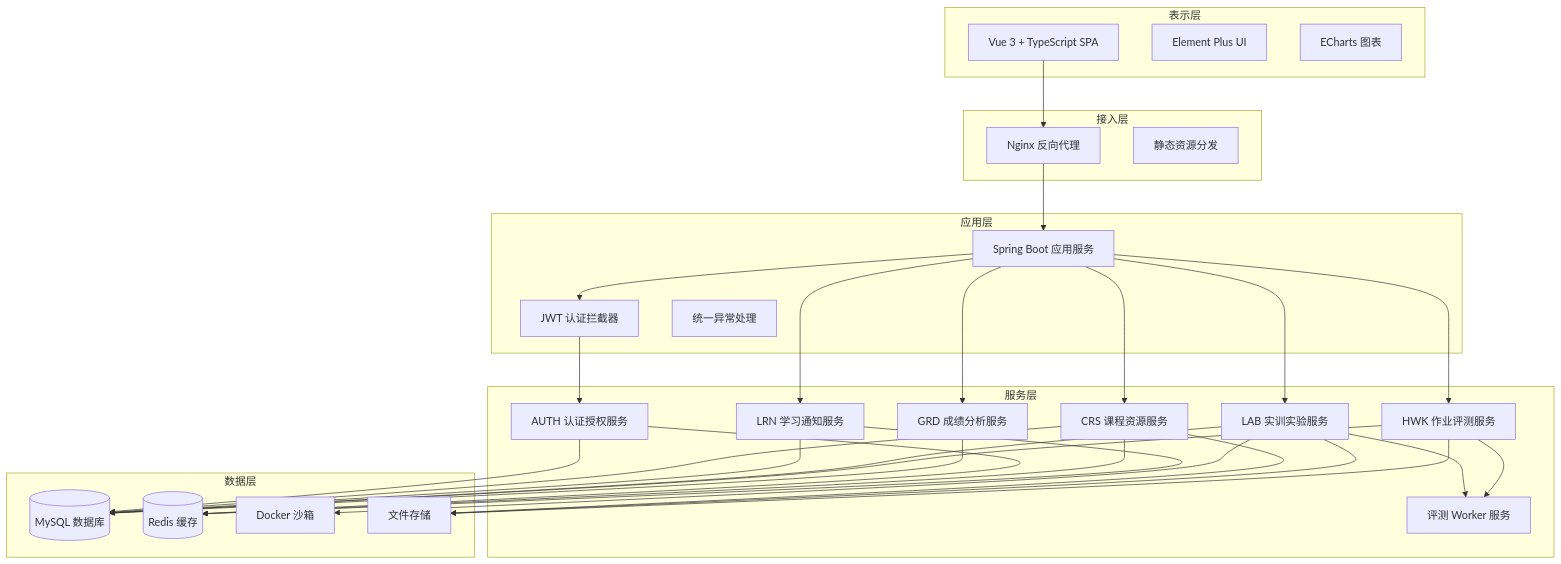
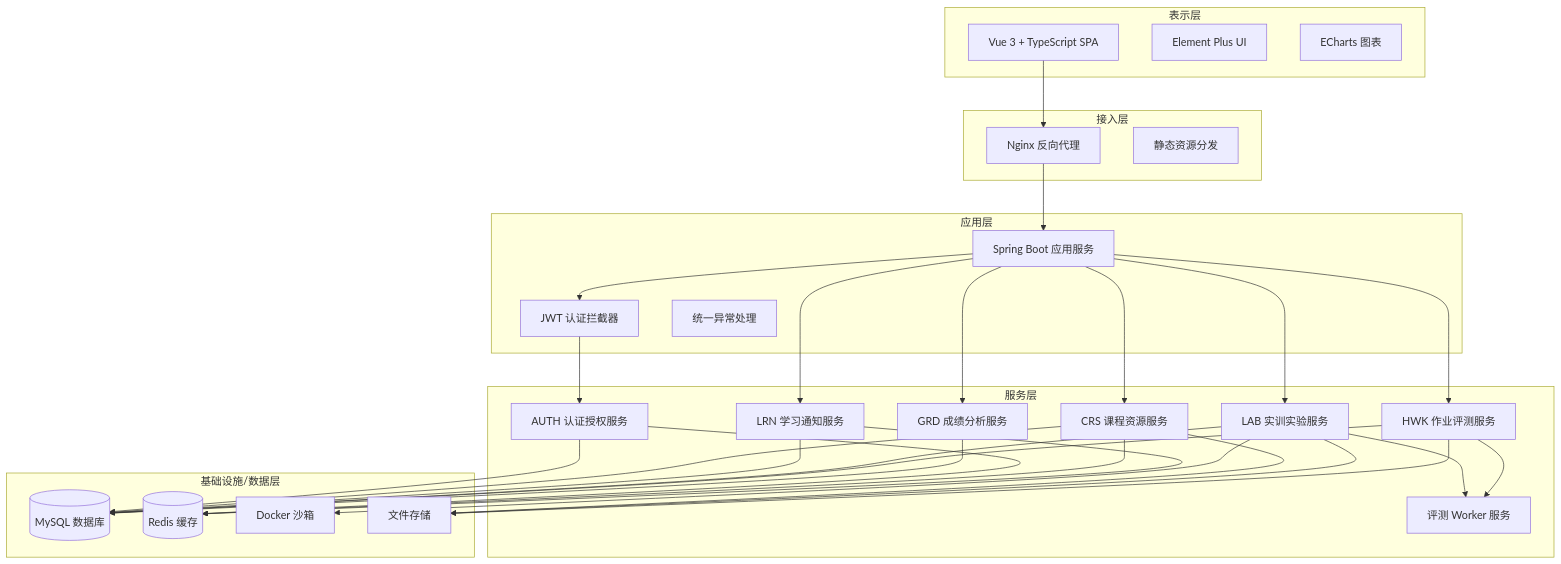
Before and after one commit to Cr4zyorange/OnlineJudge: the first of 11 diagrams in docs/最终提交/软件概要设计说明书.md, drawn with Mermaid. The commit also changed other lines of this file, not shown here.

````diff
--- a/docs/最终提交/软件概要设计说明书.md
+++ b/docs/最终提交/软件概要设计说明书.md
@@ -652,57 +705,57 @@
 ```mermaid
 graph TB
     subgraph 表示层
         A[Vue 3 + TypeScript SPA]
         B[Element Plus UI]
         C[ECharts 图表]
     end
 
     subgraph 接入层
         D[Nginx 反向代理]
         E[静态资源分发]
     end
 
     subgraph 应用层
         F[Spring Boot 应用服务]
         G[JWT 认证拦截器]
         H[统一异常处理]
     end
 
     subgraph 服务层
         I[AUTH 认证授权服务]
         J[CRS 课程资源服务]
         K[LRN 学习通知服务]
         L[LAB 实训实验服务]
         M[HWK 作业评测服务]
         N[GRD 成绩分析服务]
         O[评测 Worker 服务]
     end
 
-    subgraph 数据层
+    subgraph 基础设施/数据层
         P[(MySQL 数据库)]
         Q[(Redis 缓存)]
         R[Docker 沙箱]
         S[文件存储]
     end
 
     A --> D --> F
     F --> G --> I
     F --> J
     F --> K
     F --> L --> O
     F --> M --> O
     F --> N
     I --> P
     I --> Q
     J --> P
     J --> Q
     K --> P
     K --> Q
     L --> P
     L --> R
     M --> P
     N --> P
     J --> S
     L --> S
     M --> S
 ```
````
